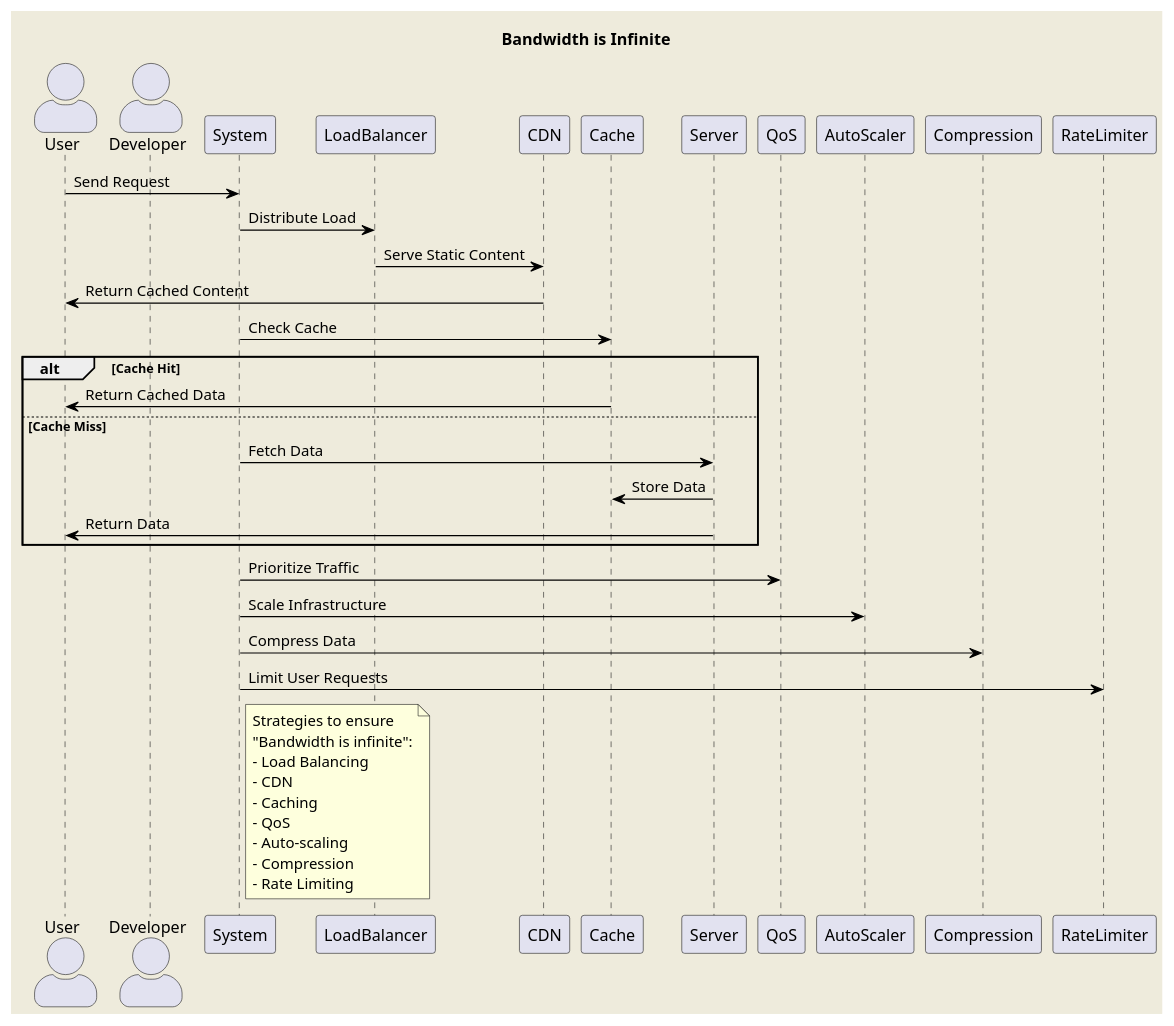
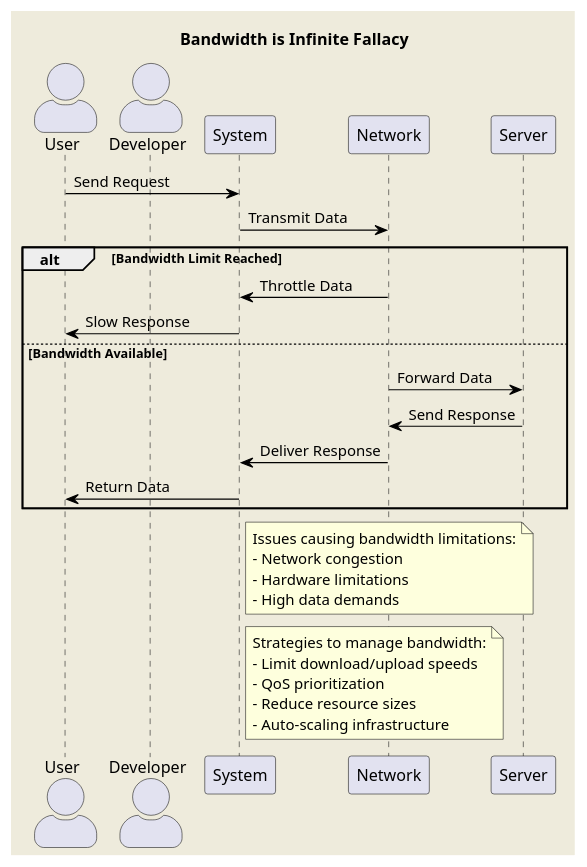
One commit to thanhlv-com/thanhlv-blog changed the fourth of 5 diagrams in packages/apps/src/blog/2024-10-09-Fallacies-of-distributed-computing-nhung-sai-lam-cua-khi-su-dung-distributed-computing.md. Above: the diagram before and after it, drawn with PlantUML. The commit also changed other lines of this file, not shown here.

````diff
--- a/packages/apps/src/blog/2024-10-09-Fallacies-of-distributed-computing-nhung-sai-lam-cua-khi-su-dung-distributed-computing.md
+++ b/packages/apps/src/blog/2024-10-09-Fallacies-of-distributed-computing-nhung-sai-lam-cua-khi-su-dung-distributed-computing.md
@@ -166,42 +212,41 @@
 ```plantuml
+@startuml
 skinparam backgroundColor #EEEBDC
 skinparam shadowing false
 skinparam arrowColor #000000
 skinparam actorStyle awesome
 
-title Bandwidth is Infinite
+title Bandwidth is Infinite Fallacy
 
 actor User as U
 actor Developer as D
 
 U -> System: Send Request
-System -> LoadBalancer: Distribute Load
-LoadBalancer -> CDN: Serve Static Content
-CDN -> U: Return Cached Content
-
-System -> Cache: Check Cache
-alt Cache Hit
-    Cache -> U: Return Cached Data
-else Cache Miss
-    System -> Server: Fetch Data
-    Server -> Cache: Store Data
-    Server -> U: Return Data
+System -> Network: Transmit Data
+alt Bandwidth Limit Reached
+    Network -> System: Throttle Data
+    System -> U: Slow Response
+else Bandwidth Available
+    Network -> Server: Forward Data
+    Server -> Network: Send Response
+    Network -> System: Deliver Response
+    System -> U: Return Data
 end
 
-System -> QoS: Prioritize Traffic
-System -> AutoScaler: Scale Infrastructure
-System -> Compression: Compress Data
-System -> RateLimiter: Limit User Requests
+note right of System
+    Issues causing bandwidth limitations:
+    - Network congestion
+    - Hardware limitations
+    - High data demands
+end note
 
 note right of System
-    Strategies to ensure
-    "Bandwidth is infinite":
-    - Load Balancing
-    - CDN
-    - Caching
-    - QoS
-    - Auto-scaling
-    - Compression
-    - Rate Limiting
+    Strategies to manage bandwidth:
+    - Limit download/upload speeds
+    - QoS prioritization
+    - Reduce resource sizes
+    - Auto-scaling infrastructure
 end note
+
+@enduml
 ```
````
